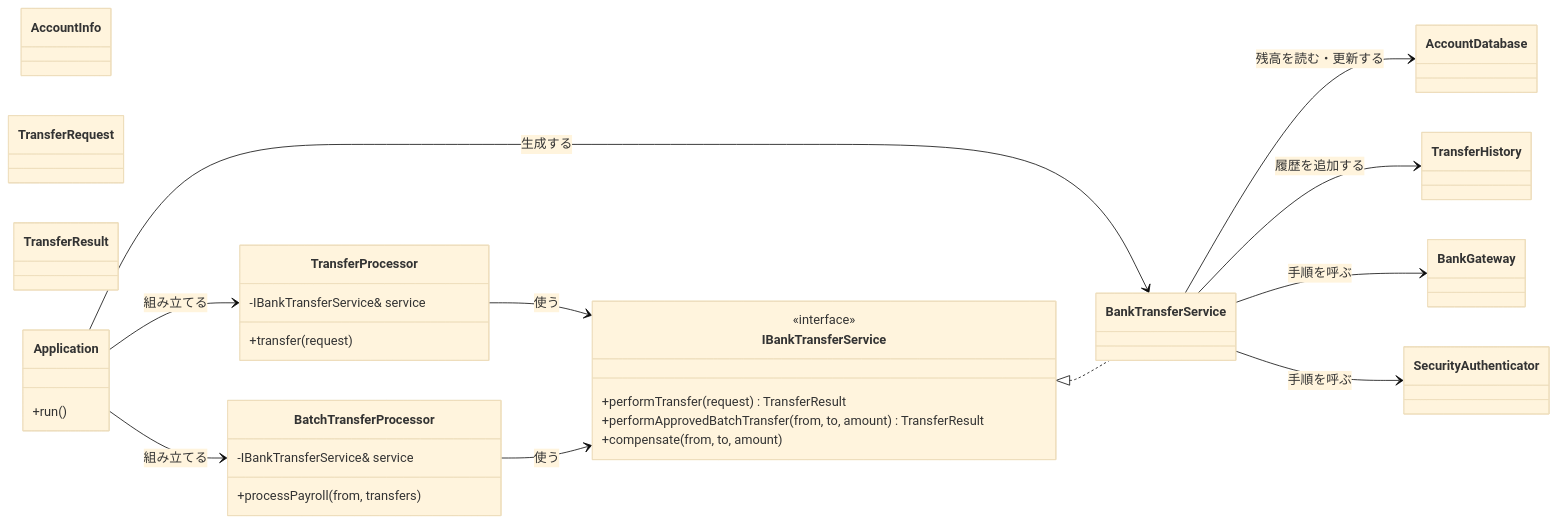
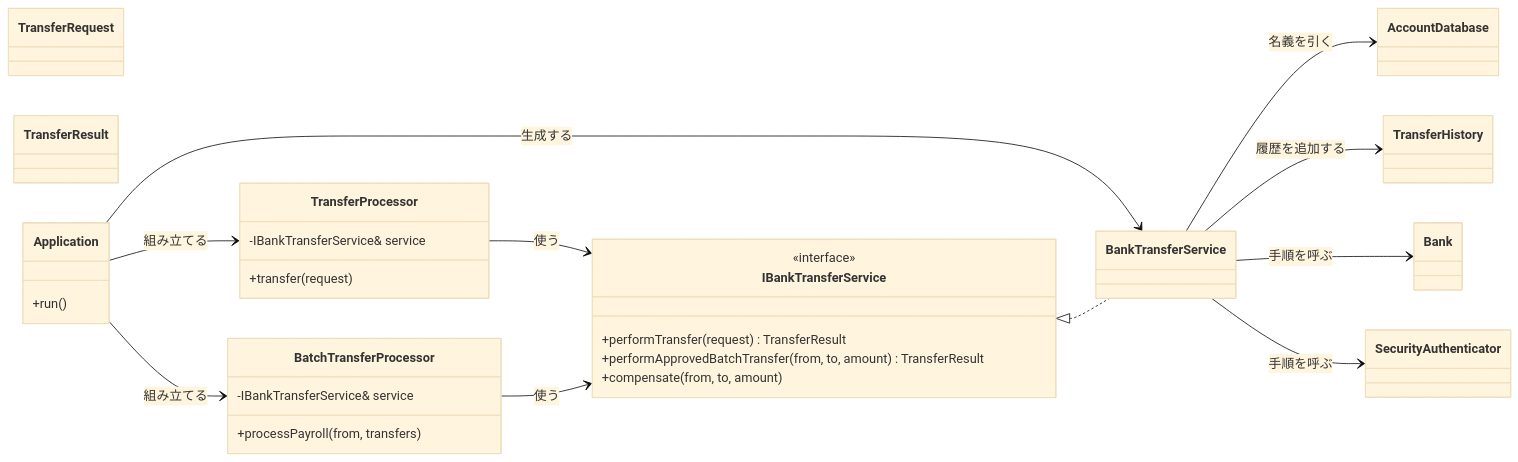
One commit to kumachan1101-pixel/DesignPattern changed the seventh of 11 diagrams in kindle/design-patterns/output/chapter02.md. Above: the diagram before and after it, drawn with Mermaid (base theme). The commit also changed other lines of this file and 1 other file, not shown here.

````diff
--- a/kindle/design-patterns/output/chapter02.md
+++ b/kindle/design-patterns/output/chapter02.md
@@ -1810,43 +1656,42 @@
 ```mermaid
 classDiagram
     direction LR
-    class AccountInfo
     class TransferRequest
     class TransferResult
     class AccountDatabase
     class TransferHistory
-    class BankGateway
+    class Bank
     class SecurityAuthenticator
     class Application {
         +run()
     }
     class TransferProcessor {
         -IBankTransferService& service
         +transfer(request)
     }
     class BatchTransferProcessor {
         -IBankTransferService& service
         +processPayroll(from, transfers)
     }
     class IBankTransferService {
         <<interface>>
         +performTransfer(request) TransferResult
         +performApprovedBatchTransfer(from, to, amount) TransferResult
         +compensate(from, to, amount)
     }
     class BankTransferService
 
     Application --> BankTransferService : 生成する
     Application --> TransferProcessor : 組み立てる
     Application --> BatchTransferProcessor : 組み立てる
     TransferProcessor --> IBankTransferService : 使う
     BatchTransferProcessor --> IBankTransferService : 使う
     IBankTransferService <|.. BankTransferService
-    BankTransferService --> AccountDatabase : 残高を読む・更新する
+    BankTransferService --> AccountDatabase : 名義を引く
     BankTransferService --> TransferHistory : 履歴を追加する
-    BankTransferService --> BankGateway : 手順を呼ぶ
+    BankTransferService --> Bank : 手順を呼ぶ
     BankTransferService --> SecurityAuthenticator : 手順を呼ぶ
 
     classDef focus fill:#FFF2CC,stroke:#D6B656,stroke-width:2px,color:#222222
     cssClass "TransferProcessor,BatchTransferProcessor,IBankTransferService,BankTransferService,Application" focus
 ```
````
